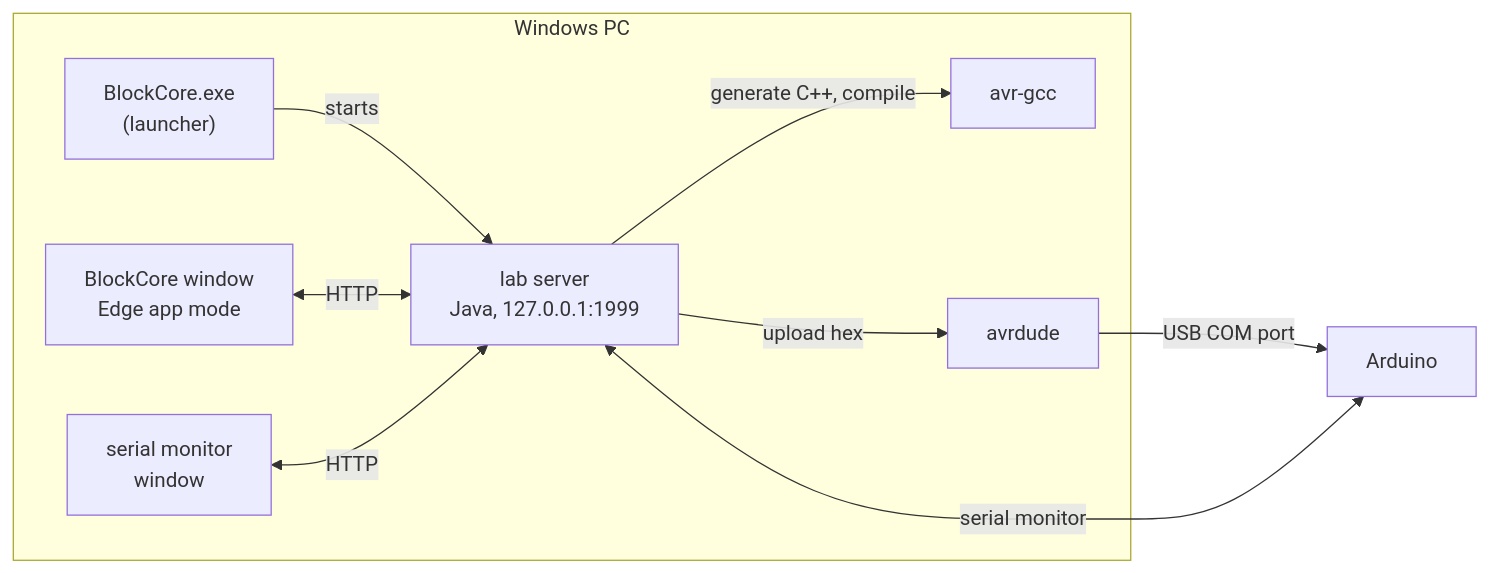
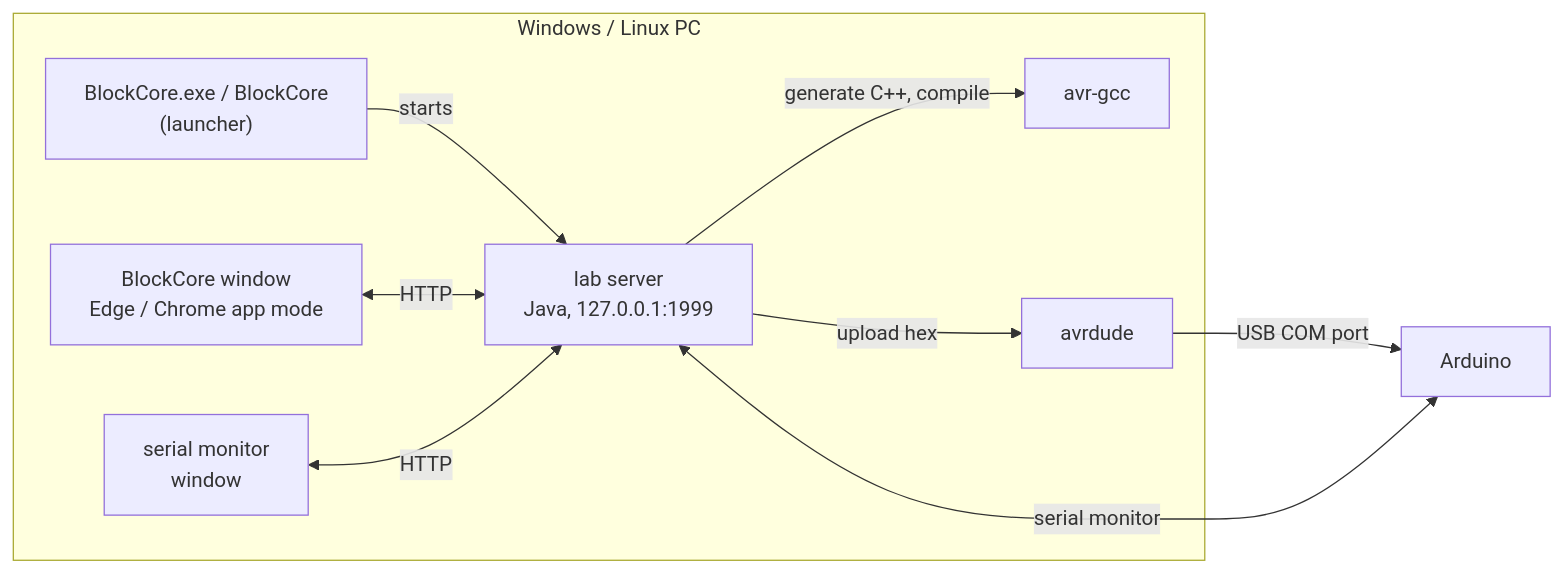
Before and after one commit to marvinramm/BlockCore: the diagram in README.md, drawn with Mermaid. The commit also changed other lines of this file and 55 other files, not shown here.

````diff
--- a/README.md
+++ b/README.md
@@ -151,12 +174,12 @@
 ```mermaid
 flowchart LR
-    subgraph PC["Windows PC"]
-        L["BlockCore.exe<br/>(launcher)"] -->|starts| S["lab server<br/>Java, 127.0.0.1:1999"]
-        W["BlockCore window<br/>Edge app mode"] <-->|HTTP| S
+    subgraph PC["Windows / Linux PC"]
+        L["BlockCore.exe / BlockCore<br/>(launcher)"] -->|starts| S["lab server<br/>Java, 127.0.0.1:1999"]
+        W["BlockCore window<br/>Edge / Chrome app mode"] <-->|HTTP| S
         M["serial monitor<br/>window"] <-->|HTTP| S
         S -->|generate C++, compile| G["avr-gcc"]
         S -->|upload hex| D["avrdude"]
     end
     D -->|USB COM port| A["Arduino"]
     S <-->|serial monitor| A
 ```
````
